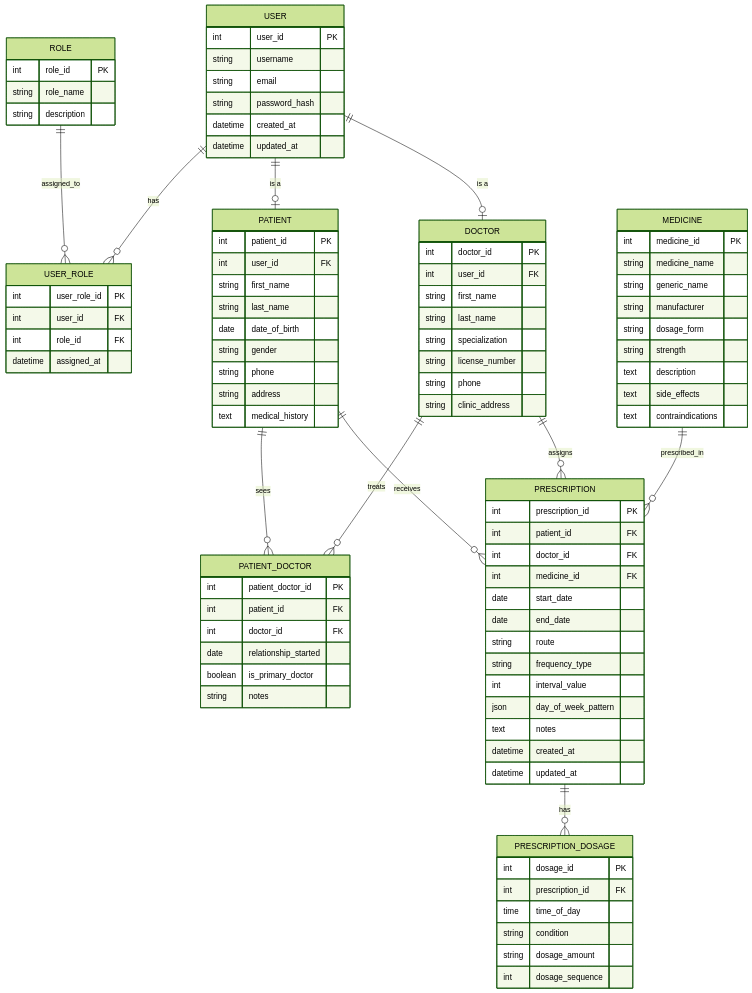
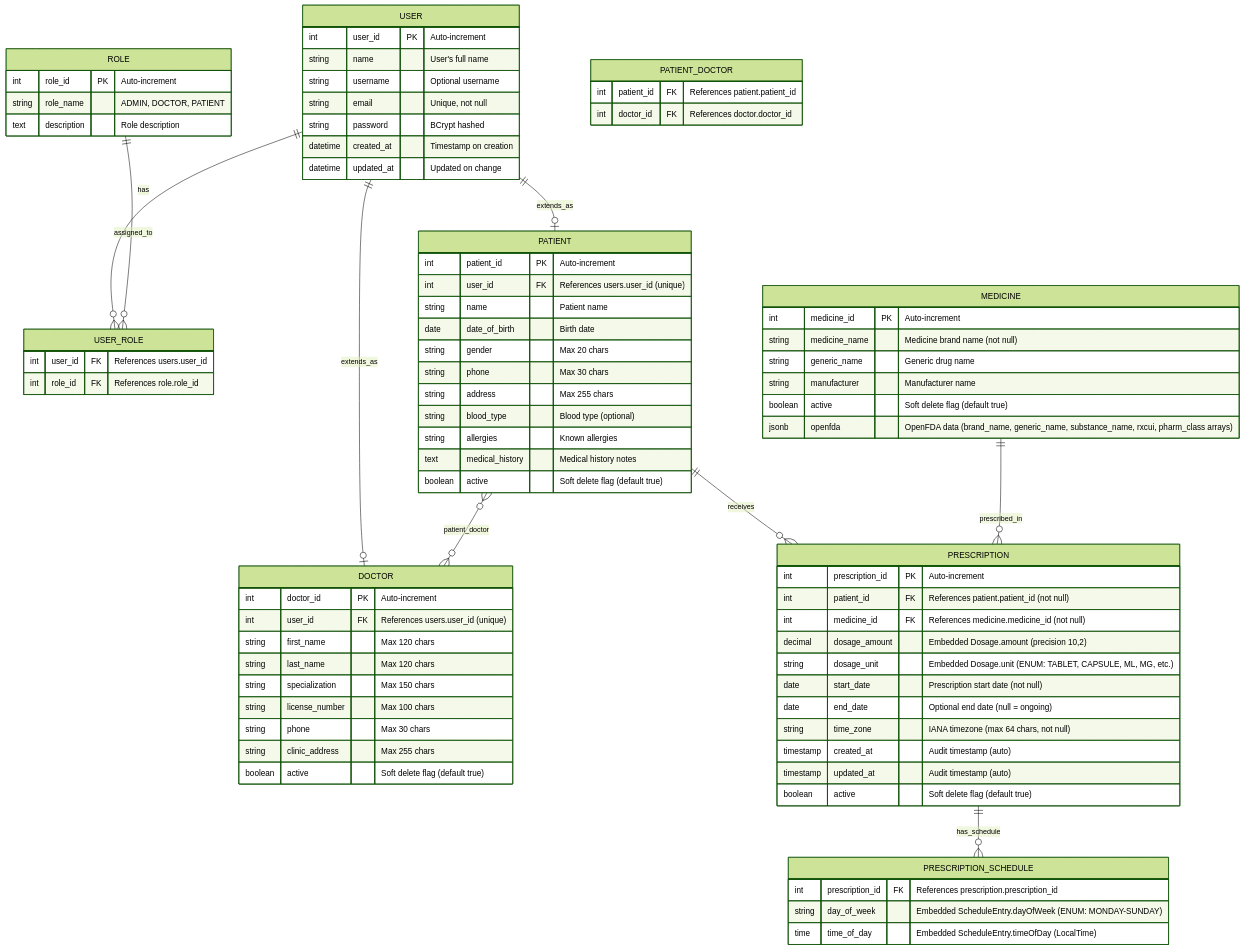
The diagram in MediTracker_app_er_diagram.mermaid (KoalaAwad/MediTracker), drawn with Mermaid (forest theme) before and after one commit. The commit also changed other lines of this file, not shown here.

Commit message:
updating er diagram

```diff
--- a/MediTracker_app_er_diagram.mermaid
+++ b/MediTracker_app_er_diagram.mermaid
@@ -1,102 +1,136 @@
 erDiagram
-    USER ||--o{ USER_ROLE : has
-    ROLE ||--o{ USER_ROLE : assigned_to
-    USER ||--o| PATIENT : "is a"
-    USER ||--o| DOCTOR : "is a"
-    PATIENT ||--o{ PATIENT_DOCTOR : "sees"
-    DOCTOR ||--o{ PATIENT_DOCTOR : "treats"
+    %% Core User Management
+    USER ||--o{ USER_ROLE : "has"
+    ROLE ||--o{ USER_ROLE : "assigned_to"
+
+    %% User Profile Extensions
+    USER ||--o| PATIENT : "extends_as"
+    USER ||--o| DOCTOR : "extends_as"
+
+    %% Patient-Doctor Relationship
+    PATIENT }o--o{ DOCTOR : "patient_doctor"
+
+    %% Prescription Management
     PATIENT ||--o{ PRESCRIPTION : "receives"
-    DOCTOR ||--o{ PRESCRIPTION : "assigns"
     MEDICINE ||--o{ PRESCRIPTION : "prescribed_in"
-    PRESCRIPTION ||--o{ PRESCRIPTION_DOSAGE : "has"
+    PRESCRIPTION ||--o{ PRESCRIPTION_SCHEDULE : "has_schedule"
 
+    %% ========================================
+    %% USER ENTITY
+    %% ========================================
     USER {
-        int user_id PK
-        string username
-        string email
-        string password_hash
-        datetime created_at
-        datetime updated_at
+        int user_id PK "Auto-increment"
+        string name "User's full name"
+        string username "Optional username"
+        string email "Unique, not null"
+        string password "BCrypt hashed"
+        datetime created_at "Timestamp on creation"
+        datetime updated_at "Updated on change"
     }
 
+    %% ========================================
+    %% ROLE ENTITY
+    %% ========================================
     ROLE {
-        int role_id PK
-        string role_name
-        string description
+        int role_id PK "Auto-increment"
+        string role_name "ADMIN, DOCTOR, PATIENT"
+        text description "Role description"
     }
 
+    %% ========================================
+    %% USER_ROLE JOIN TABLE
+    %% ========================================
     USER_ROLE {
-        int user_role_id PK
-        int user_id FK
-        int role_id FK
-        datetime assigned_at
+        int user_id FK "References users.user_id"
+        int role_id FK "References role.role_id"
     }
 
+    %% ========================================
+    %% PATIENT ENTITY
+    %% ========================================
     PATIENT {
-        int patient_id PK
-        int user_id FK
-        string first_name
-        string last_name
-        date date_of_birth
-        string gender
-        string phone
-        string address
-        text medical_history
+        int patient_id PK "Auto-increment"
+        int user_id FK "References users.user_id (unique)"
+        string name "Patient name"
+        date date_of_birth "Birth date"
+        string gender "Max 20 chars"
+        string phone "Max 30 chars"
+        string address "Max 255 chars"
+        string blood_type "Blood type (optional)"
+        string allergies "Known allergies"
+        text medical_history "Medical history notes"
+        boolean active "Soft delete flag (default true)"
     }
 
+    %% ========================================
+    %% DOCTOR ENTITY
+    %% ========================================
     DOCTOR {
-        int doctor_id PK
-        int user_id FK
-        string first_name
-        string last_name
-        string specialization
-        string license_number
-        string phone
-        string clinic_address
+        int doctor_id PK "Auto-increment"
+        int user_id FK "References users.user_id (unique)"
+        string first_name "Max 120 chars"
+        string last_name "Max 120 chars"
+        string specialization "Max 150 chars"
+        string license_number "Max 100 chars"
+        string phone "Max 30 chars"
+        string clinic_address "Max 255 chars"
+        boolean active "Soft delete flag (default true)"
     }
 
+    %% ========================================
+    %% PATIENT_DOCTOR JOIN TABLE
+    %% ========================================
     PATIENT_DOCTOR {
-        int patient_doctor_id PK
-        int patient_id FK
-        int doctor_id FK
-        date relationship_started
-        boolean is_primary_doctor
-        string notes
+        int patient_id FK "References patient.patient_id"
+        int doctor_id FK "References doctor.doctor_id"
     }
 
+    %% ========================================
+    %% MEDICINE ENTITY
+    %% ========================================
     MEDICINE {
-        int medicine_id PK
-        string medicine_name
-        string generic_name
-        string manufacturer
-        string dosage_form
-        string strength
-        text description
-        text side_effects
-        text contraindications
+        int medicine_id PK "Auto-increment"
+        string medicine_name "Medicine brand name (not null)"
+        string generic_name "Generic drug name"
+        string manufacturer "Manufacturer name"
+        boolean active "Soft delete flag (default true)"
+        jsonb openfda "OpenFDA data (brand_name, generic_name, substance_name, rxcui, pharm_class arrays)"
     }
 
+    %% ========================================
+    %% PRESCRIPTION ENTITY
+    %% ========================================
     PRESCRIPTION {
-        int prescription_id PK
-        int patient_id FK
-        int doctor_id FK
-        int medicine_id FK
-        date start_date
-        date end_date
-        string route
-        string frequency_type
-        int interval_value
-        json day_of_week_pattern
-        text notes
-        datetime created_at
-        datetime updated_at
+        int prescription_id PK "Auto-increment"
+        int patient_id FK "References patient.patient_id (not null)"
+        int medicine_id FK "References medicine.medicine_id (not null)"
+        decimal dosage_amount "Embedded Dosage.amount (precision 10,2)"
+        string dosage_unit "Embedded Dosage.unit (ENUM: TABLET, CAPSULE, ML, MG, etc.)"
+        date start_date "Prescription start date (not null)"
+        date end_date "Optional end date (null = ongoing)"
+        string time_zone "IANA timezone (max 64 chars, not null)"
+        timestamp created_at "Audit timestamp (auto)"
+        timestamp updated_at "Audit timestamp (auto)"
+        boolean active "Soft delete flag (default true)"
     }
 
-    PRESCRIPTION_DOSAGE {
-        int dosage_id PK
-        int prescription_id FK
-        time time_of_day
-        string condition
-        string dosage_amount
-        int dosage_sequence
+    %% ========================================
+    %% PRESCRIPTION_SCHEDULE (@ElementCollection)
+    %% ========================================
+    PRESCRIPTION_SCHEDULE {
+        int prescription_id FK "References prescription.prescription_id"
+        string day_of_week "Embedded ScheduleEntry.dayOfWeek (ENUM: MONDAY-SUNDAY)"
+        time time_of_day "Embedded ScheduleEntry.timeOfDay (LocalTime)"
     }
+
+    %% ========================================
+    %% NOTES:
+    %% - USER_ROLE is a many-to-many join table (no separate ID)
+    %% - PATIENT_DOCTOR is a many-to-many join table (no separate ID)
+    %% - Dosage is an @Embedded object (not a separate table)
+    %% - ScheduleEntry is an @Embedded object stored in PRESCRIPTION_SCHEDULE
+    %% - DosageUnit enum: TABLET, CAPSULE, PUFF, DROP, PATCH, ML, MG, MCG
+    %% - All timestamps use Spring Data JPA auditing (@CreatedDate, @LastModifiedDate)
+    %% - Soft deletes use 'active' boolean flag (Patient, Doctor, Prescription, Medicine)
+    %% - OpenFDA JSONB stores: brand_name[], generic_name[], substance_name[], rxcui[], pharm_class_*[]
+    %% ========================================
```
